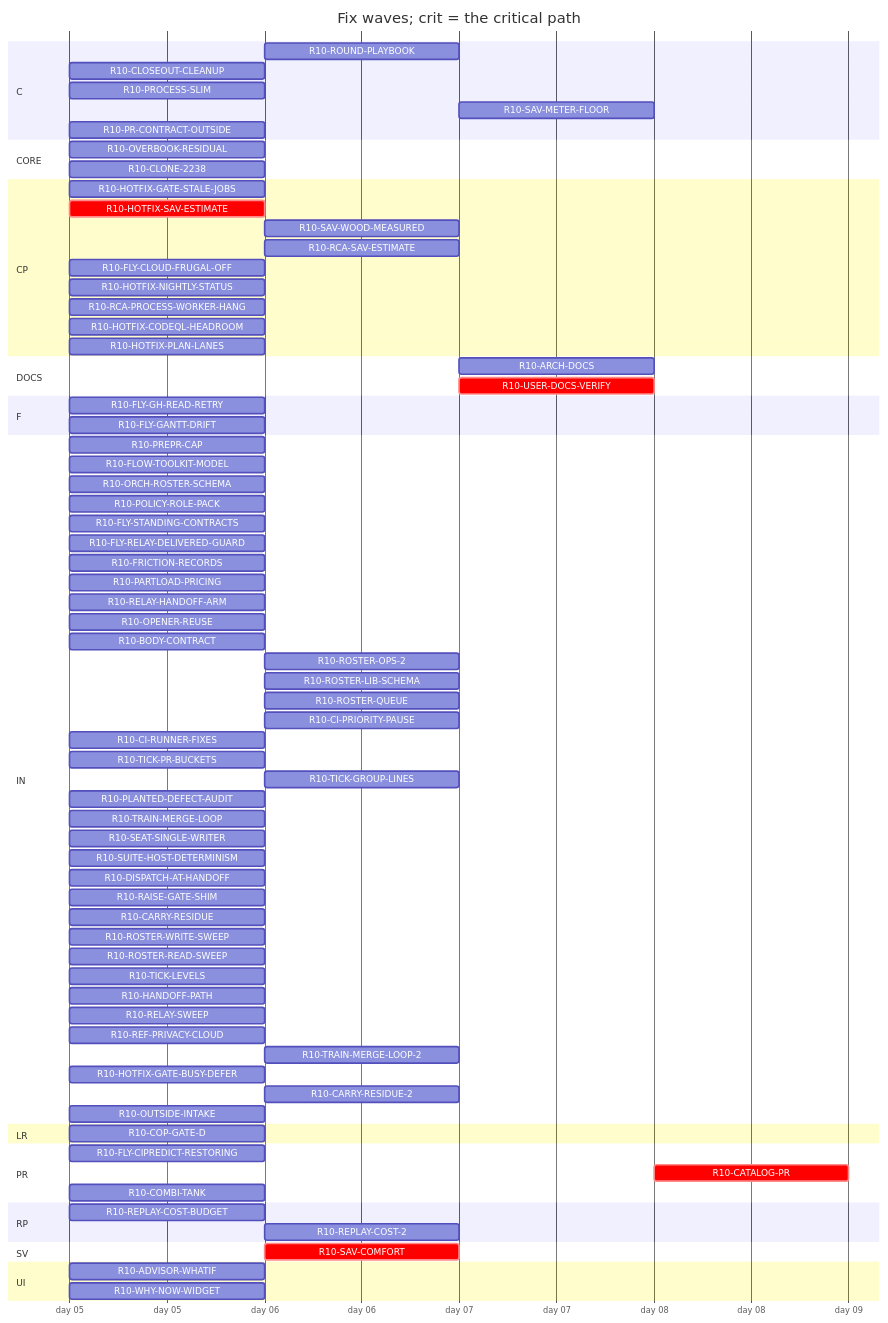
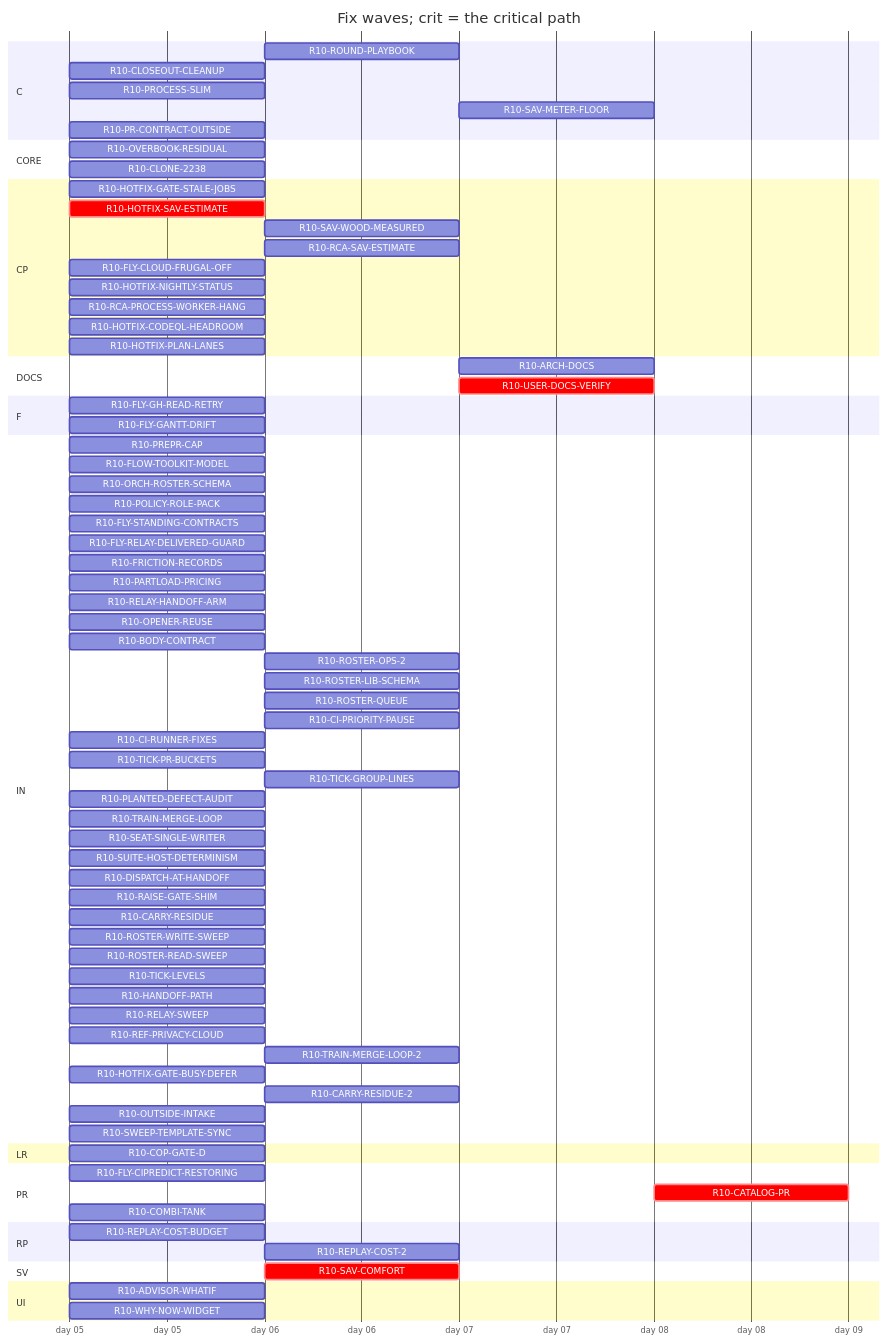
The diagram in handoff/round10/state/PLAN-TABLE.md (tvofi/heatpump_optimizer), drawn with Mermaid before and after one commit. The commit also changed other lines of this file and 3 other files, not shown here.

Commit message:
state: FLOW-BOARD.md, NEXT-SESSION-PROMPT.md, PLAN-TABLE.md, RESUME-CURRENT.md regenerated (state_docs.py)

````diff
--- a/handoff/round10/state/PLAN-TABLE.md
+++ b/handoff/round10/state/PLAN-TABLE.md
@@ -24,81 +24,82 @@
 ```mermaid
 gantt
   title Fix waves; crit = the critical path
   dateFormat YYYY-MM-DD
   axisFormat day %d
   section C
     R10-ROUND-PLAYBOOK :r10ROUNDPLAYBOOK, after r10PREPRCAP r10HANDOFFPATH r10RELAYSWEEP r10TRAINMERGELOOP r10DISPATCHATHANDOFF r10BODYCONTRACT r10TICKLEVELS r10CIPRIORITYPAUSE r10ROSTERWRITESWEEP r10ROSTERREADSWEEP r10FLYSTANDINGCONTRACTS r10POLICYROLEPACK r10FRICTIONRECORDS r10FLOWTOOLKITMODEL r10CIRUNNERFIXES r10FLYCIPREDICTRESTORING r10RAISEGATESHIM r10PLANTEDDEFECTAUDIT r10FLYGHREADRETRY r10SUITEHOSTDETERMINISM, 1d
     R10-CLOSEOUT-CLEANUP :r10CLOSEOUTCLEANUP, 2026-01-05, 1d
     R10-PROCESS-SLIM :r10PROCESSSLIM, 2026-01-05, 1d
     R10-SAV-METER-FLOOR :r10SAVMETERFLOOR, after r10HOTFIXSAVESTIMATE r10SAVCOMFORT, 1d
     R10-PR-CONTRACT-OUTSIDE :r10PRCONTRACTOUTSIDE, 2026-01-05, 1d
   section CORE
     R10-OVERBOOK-RESIDUAL :r10OVERBOOKRESIDUAL, 2026-01-05, 1d
     R10-CLONE-2238 :r10CLONE2238, 2026-01-05, 1d
   section CP
     R10-HOTFIX-GATE-STALE-JOBS :r10HOTFIXGATESTALEJOBS, 2026-01-05, 1d
     R10-HOTFIX-SAV-ESTIMATE :crit, r10HOTFIXSAVESTIMATE, 2026-01-05, 1d
     R10-SAV-WOOD-MEASURED :r10SAVWOODMEASURED, after r10HOTFIXSAVESTIMATE, 1d
     R10-RCA-SAV-ESTIMATE :r10RCASAVESTIMATE, after r10HOTFIXSAVESTIMATE, 1d
     R10-FLY-CLOUD-FRUGAL-OFF :r10FLYCLOUDFRUGALOFF, 2026-01-05, 1d
     R10-HOTFIX-NIGHTLY-STATUS :r10HOTFIXNIGHTLYSTATUS, 2026-01-05, 1d
     R10-RCA-PROCESS-WORKER-HANG :r10RCAPROCESSWORKERHANG, 2026-01-05, 1d
     R10-HOTFIX-CODEQL-HEADROOM :r10HOTFIXCODEQLHEADROOM, 2026-01-05, 1d
     R10-HOTFIX-PLAN-LANES :r10HOTFIXPLANLANES, 2026-01-05, 1d
   section DOCS
     R10-ARCH-DOCS :r10ARCHDOCS, after r10CARRYRESIDUE r10OVERBOOKRESIDUAL r10CLONE2238 r10SAVCOMFORT r10COPGATED r10WHYNOWWIDGET r10PARTLOADPRICING r10ADVISORWHATIF r10REPLAYCOSTBUDGET r10PREPRCAP r10HANDOFFPATH r10RELAYSWEEP r10TRAINMERGELOOP r10DISPATCHATHANDOFF r10BODYCONTRACT r10TICKLEVELS r10CIPRIORITYPAUSE r10ROSTERWRITESWEEP r10ROSTERREADSWEEP r10FLYSTANDINGCONTRACTS r10POLICYROLEPACK r10FRICTIONRECORDS r10FLOWTOOLKITMODEL r10CIRUNNERFIXES r10FLYCIPREDICTRESTORING r10RAISEGATESHIM r10PLANTEDDEFECTAUDIT r10FLYGHREADRETRY r10SUITEHOSTDETERMINISM, 1d
     R10-USER-DOCS-VERIFY :crit, r10USERDOCSVERIFY, after r10CARRYRESIDUE r10OVERBOOKRESIDUAL r10CLONE2238 r10SAVCOMFORT r10COPGATED r10WHYNOWWIDGET r10PARTLOADPRICING r10ADVISORWHATIF r10REPLAYCOSTBUDGET, 1d
   section F
     R10-FLY-GH-READ-RETRY :r10FLYGHREADRETRY, 2026-01-05, 1d
     R10-FLY-GANTT-DRIFT :r10FLYGANTTDRIFT, 2026-01-05, 1d
   section IN
     R10-PREPR-CAP :r10PREPRCAP, 2026-01-05, 1d
     R10-FLOW-TOOLKIT-MODEL :r10FLOWTOOLKITMODEL, 2026-01-05, 1d
     R10-ORCH-ROSTER-SCHEMA :r10ORCHROSTERSCHEMA, 2026-01-05, 1d
     R10-POLICY-ROLE-PACK :r10POLICYROLEPACK, 2026-01-05, 1d
     R10-FLY-STANDING-CONTRACTS :r10FLYSTANDINGCONTRACTS, 2026-01-05, 1d
     R10-FLY-RELAY-DELIVERED-GUARD :r10FLYRELAYDELIVEREDGUARD, 2026-01-05, 1d
     R10-FRICTION-RECORDS :r10FRICTIONRECORDS, 2026-01-05, 1d
     R10-PARTLOAD-PRICING :r10PARTLOADPRICING, 2026-01-05, 1d
     R10-RELAY-HANDOFF-ARM :r10RELAYHANDOFFARM, 2026-01-05, 1d
     R10-OPENER-REUSE :r10OPENERREUSE, 2026-01-05, 1d
     R10-BODY-CONTRACT :r10BODYCONTRACT, 2026-01-05, 1d
     R10-ROSTER-OPS-2 :r10ROSTEROPS2, after r10ORCHROSTERSCHEMA, 1d
     R10-ROSTER-LIB-SCHEMA :r10ROSTERLIBSCHEMA, after r10ORCHROSTERSCHEMA, 1d
     R10-ROSTER-QUEUE :r10ROSTERQUEUE, after r10ORCHROSTERSCHEMA, 1d
     R10-CI-PRIORITY-PAUSE :r10CIPRIORITYPAUSE, after r10TICKLEVELS, 1d
     R10-CI-RUNNER-FIXES :r10CIRUNNERFIXES, 2026-01-05, 1d
     R10-TICK-PR-BUCKETS :r10TICKPRBUCKETS, 2026-01-05, 1d
     R10-TICK-GROUP-LINES :r10TICKGROUPLINES, after r10ORCHROSTERSCHEMA, 1d
     R10-PLANTED-DEFECT-AUDIT :r10PLANTEDDEFECTAUDIT, 2026-01-05, 1d
     R10-TRAIN-MERGE-LOOP :r10TRAINMERGELOOP, 2026-01-05, 1d
     R10-SEAT-SINGLE-WRITER :r10SEATSINGLEWRITER, 2026-01-05, 1d
     R10-SUITE-HOST-DETERMINISM :r10SUITEHOSTDETERMINISM, 2026-01-05, 1d
     R10-DISPATCH-AT-HANDOFF :r10DISPATCHATHANDOFF, 2026-01-05, 1d
     R10-RAISE-GATE-SHIM :r10RAISEGATESHIM, 2026-01-05, 1d
     R10-CARRY-RESIDUE :r10CARRYRESIDUE, 2026-01-05, 1d
     R10-ROSTER-WRITE-SWEEP :r10ROSTERWRITESWEEP, 2026-01-05, 1d
     R10-ROSTER-READ-SWEEP :r10ROSTERREADSWEEP, 2026-01-05, 1d
     R10-TICK-LEVELS :r10TICKLEVELS, 2026-01-05, 1d
     R10-HANDOFF-PATH :r10HANDOFFPATH, 2026-01-05, 1d
     R10-RELAY-SWEEP :r10RELAYSWEEP, 2026-01-05, 1d
     R10-REF-PRIVACY-CLOUD :r10REFPRIVACYCLOUD, 2026-01-05, 1d
     R10-TRAIN-MERGE-LOOP-2 :r10TRAINMERGELOOP2, after r10TRAINMERGELOOP, 1d
     R10-HOTFIX-GATE-BUSY-DEFER :r10HOTFIXGATEBUSYDEFER, 2026-01-05, 1d
     R10-CARRY-RESIDUE-2 :r10CARRYRESIDUE2, after r10CARRYRESIDUE, 1d
     R10-OUTSIDE-INTAKE :r10OUTSIDEINTAKE, 2026-01-05, 1d
+    R10-SWEEP-TEMPLATE-SYNC :r10SWEEPTEMPLATESYNC, 2026-01-05, 1d
   section LR
     R10-COP-GATE-D :r10COPGATED, 2026-01-05, 1d
   section PR
     R10-FLY-CIPREDICT-RESTORING :r10FLYCIPREDICTRESTORING, 2026-01-05, 1d
     R10-CATALOG-PR :crit, r10CATALOGPR, after r10USERDOCSVERIFY r10ARCHDOCS r10ROUNDPLAYBOOK r10CLOSEOUTCLEANUP, 1d
     R10-COMBI-TANK :r10COMBITANK, 2026-01-05, 1d
   section RP
     R10-REPLAY-COST-BUDGET :r10REPLAYCOSTBUDGET, 2026-01-05, 1d
     R10-REPLAY-COST-2 :r10REPLAYCOST2, after r10REPLAYCOSTBUDGET, 1d
   section SV
     R10-SAV-COMFORT :crit, r10SAVCOMFORT, after r10HOTFIXSAVESTIMATE, 1d
   section UI
     R10-ADVISOR-WHATIF :r10ADVISORWHATIF, 2026-01-05, 1d
     R10-WHY-NOW-WIDGET :r10WHYNOWWIDGET, 2026-01-05, 1d
 ```
````
